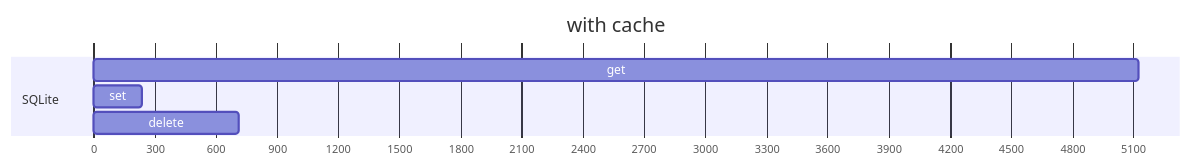
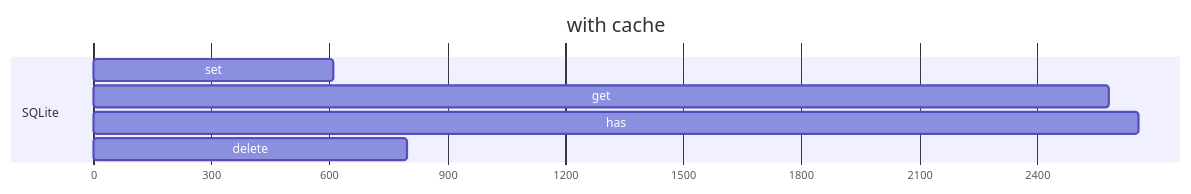
The first of 4 diagrams in src/simplest.db/Benchmarks.md (Fabricio-191/docs), drawn with Mermaid before and after one commit. The commit also changed other lines of this file and 2 other files, not shown here.

````diff
--- a/src/simplest.db/Benchmarks.md
+++ b/src/simplest.db/Benchmarks.md
@@ -19,11 +19,12 @@
 ```mermaid
 gantt
 	title with cache
-    dateFormat x
+    dateFormat X
     axisFormat %s
 
     section SQLite
-    get    : 0, 5125s
-    set    : 0, 237s
-    delete : 0, 713s
+    set    : 0, 611s
+    get    : 0, 2582s
+    has    : 0, 2658s
+    delete : 0, 798s
 ```
````
